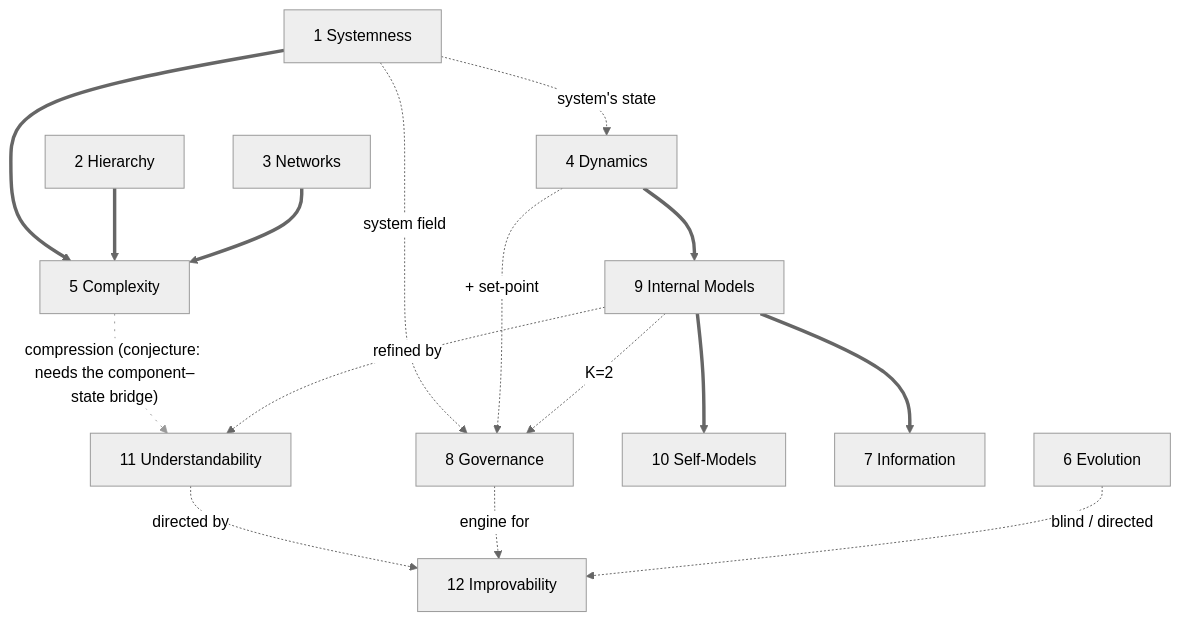
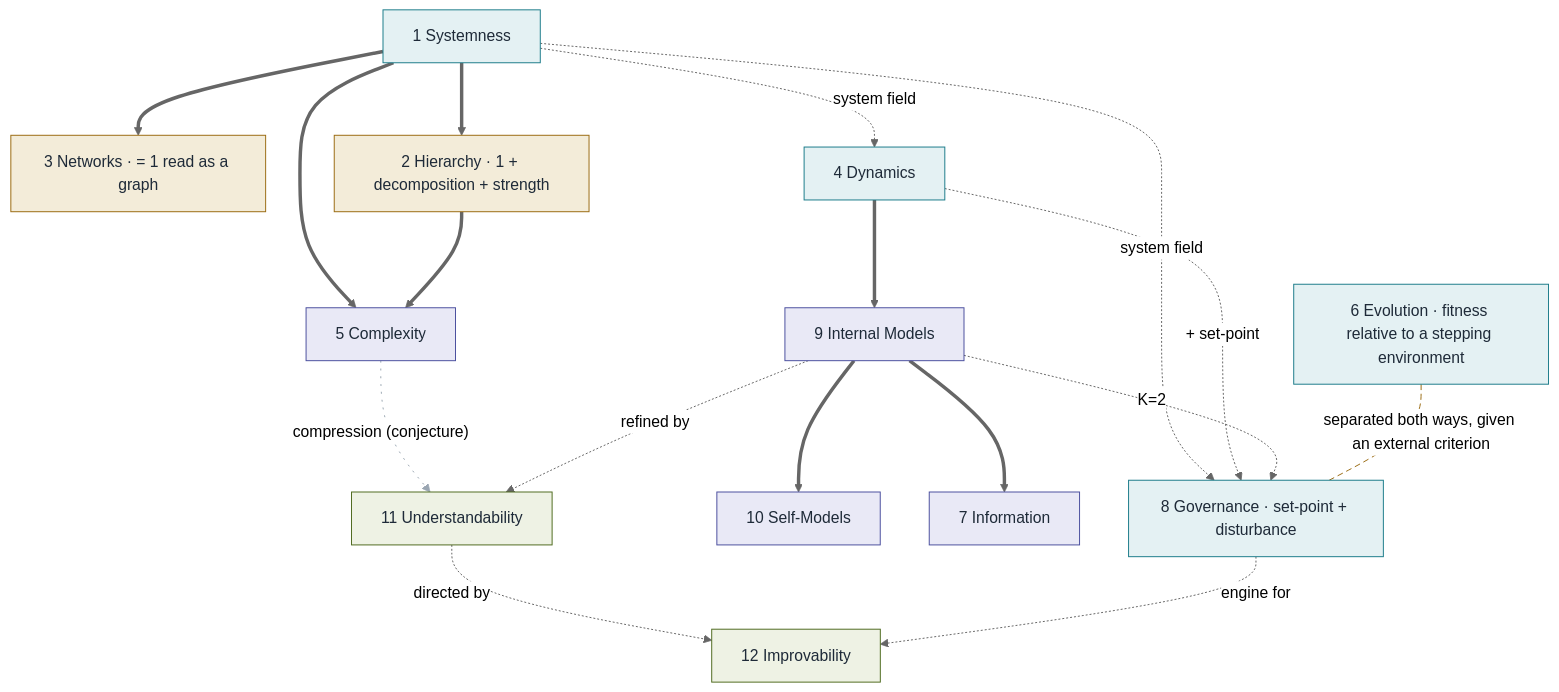
Before and after one commit to halcyonic-systems/systems-science-foundations: the diagram in docs/paper/dependency-dag.mmd, drawn with Mermaid (neutral theme). The commit also changed 5 other files, not shown here.

First line of the commit message:
docs(paper): the twelve principles, as the kernel counts them — one-page state of the result with both figures

```diff
--- a/docs/paper/dependency-dag.mmd
+++ b/docs/paper/dependency-dag.mmd
@@ -1,54 +1,66 @@
 %% halcyonic-canvas v1
-%% title: Mobus's 12 Principles — Dependency DAG (8 axioms / 4 theorems)
-%% legend: solid = derives-from (theorem); dashed = presupposes/refined-by (a Lean def or field); fine-dotted grey = conjecture, no Lean home (5→11, ruled 2026-09-03)
+%% title: Mobus's 12 Principles — Dependency DAG (4 primitives / 2 refinements / 2 stances / 4 theorems, 2026-09-04)
+%% legend: solid = derives-from or refines (a theorem or a construction); dashed = presupposes (a Lean def or field); fine-dotted grey = conjecture, no Lean home (5→11, ruled 2026-09-03); amber dashed = separated both ways given an external criterion (6–8)
 %% layout: layered
 %% role: p1=systems
 %% role: p2=systems
 %% role: p3=systems
 %% role: p4=systems
 %% role: p8=systems
 %% role: p6=research
 %% role: p11=primary
 %% role: p12=primary
 %% role: p5=knowledge
 %% role: p7=knowledge
 %% role: p9=knowledge
 %% role: p10=knowledge
-%% desc: p5=Theorem: every structural complexity measure is a function of 1+2+3 (12 to 11)
+%% desc: p3=Refinement of 1: the bond graph read as a flow graph; adds only the capacity type
+%% desc: p2=Refinement of 1: Eq. 4.3 decomposition + within>between strength; presupposes 1, can fail (not_hierarchical_of_uniform)
+%% desc: p5=Theorem: sameKind_equivalence from 1 and 2 by import; 3's data is 1's field
 %% desc: p9=Theorem: a one-step-correct internal model is correct at every horizon
-%% desc: p10=Theorem: a self-model is the diagonal case of 9; existence trivial
-%% desc: p7=Theorem: information genus; Shannon entropy a bounded special case
-%% desc: p6=Axiom (blind): change under environmental fitness selection; no model or goal
-%% desc: p8=Axiom: set-point not in the dynamics; a good regulator contains a model (K=2)
-%% desc: p11=Axiom (agential, observe/GET): a model strictly simpler than the system
-%% desc: p12=Axiom (agential, intervene/PUT): a goal from outside the boundary
+%% desc: p10=Theorem: a self-model is the diagonal case of 9; accurate fast self-model forces periodicity
+%% desc: p7=Theorem: information genus; Shannon entropy bounded by Hartley
+%% desc: p6=Primitive: EvolutionE, fitness relative to a stepping environment (Red Queen)
+%% desc: p8=Primitive (conditional): HomeostatD, set-point + disturbance; independent of 6 only given an external criterion (evolvesByEnv_settle)
+%% desc: p11=Stance (observe): UnderstoodNC, non-constant model dynamics
+%% desc: p12=Stance (intervene): DirectedAgent / DirectedUnderModel; bare Improvement retired
 flowchart TD
     p1["1 Systemness"]
-    p2["2 Hierarchy"]
-    p3["3 Networks"]
+    p3["3 Networks · = 1 read as a graph"]
+    p2["2 Hierarchy · 1 + decomposition + strength"]
     p4["4 Dynamics"]
-    p8["8 Governance"]
-    p6["6 Evolution"]
+    p6["6 Evolution · fitness relative to a stepping environment"]
+    p8["8 Governance · set-point + disturbance"]
     p9["9 Internal Models"]
     p10["10 Self-Models"]
     p7["7 Information"]
     p5["5 Complexity"]
     p11["11 Understandability"]
     p12["12 Improvability"]
 
+    p1 ==> p3
+    p1 ==> p2
     p1 ==> p5
     p2 ==> p5
-    p3 ==> p5
     p4 ==> p9
     p9 ==> p10
     p9 ==> p7
-    p1 -.->|"system's state"| p4
+    p1 -.->|"system field"| p4
     p1 -.->|"system field"| p8
     p4 -.->|"+ set-point"| p8
     p9 -.->|"K=2"| p8
-    p5 -. "compression (conjecture: needs the component–state bridge)" .-> p11
-    linkStyle 10 stroke-dasharray: 2 6, stroke: #999
+    p6 -.-|"separated both ways, given an external criterion"| p8
+    p5 -. "compression (conjecture)" .-> p11
     p9 -.->|"refined by"| p11
     p11 -.->|"directed by"| p12
     p8 -.->|"engine for"| p12
-    p6 -.->|"blind / directed"| p12
+    linkStyle 11 stroke-dasharray: 6 4, stroke: #9a6b12
+    linkStyle 12 stroke-dasharray: 2 6, stroke: #9aa6b2
+    classDef pr fill:#e4f1f3,stroke:#1c7c8a,color:#1e2a38
+    classDef rf fill:#f3ecd9,stroke:#9a6b12,color:#1e2a38
+    classDef st fill:#eef2e4,stroke:#4f6b1f,color:#1e2a38
+    classDef th fill:#e9e9f6,stroke:#4b4f9e,color:#1e2a38
+    class p1,p4,p6,p8 pr
+    class p2,p3 rf
+    class p11,p12 st
+    class p5,p7,p9,p10 th
```
